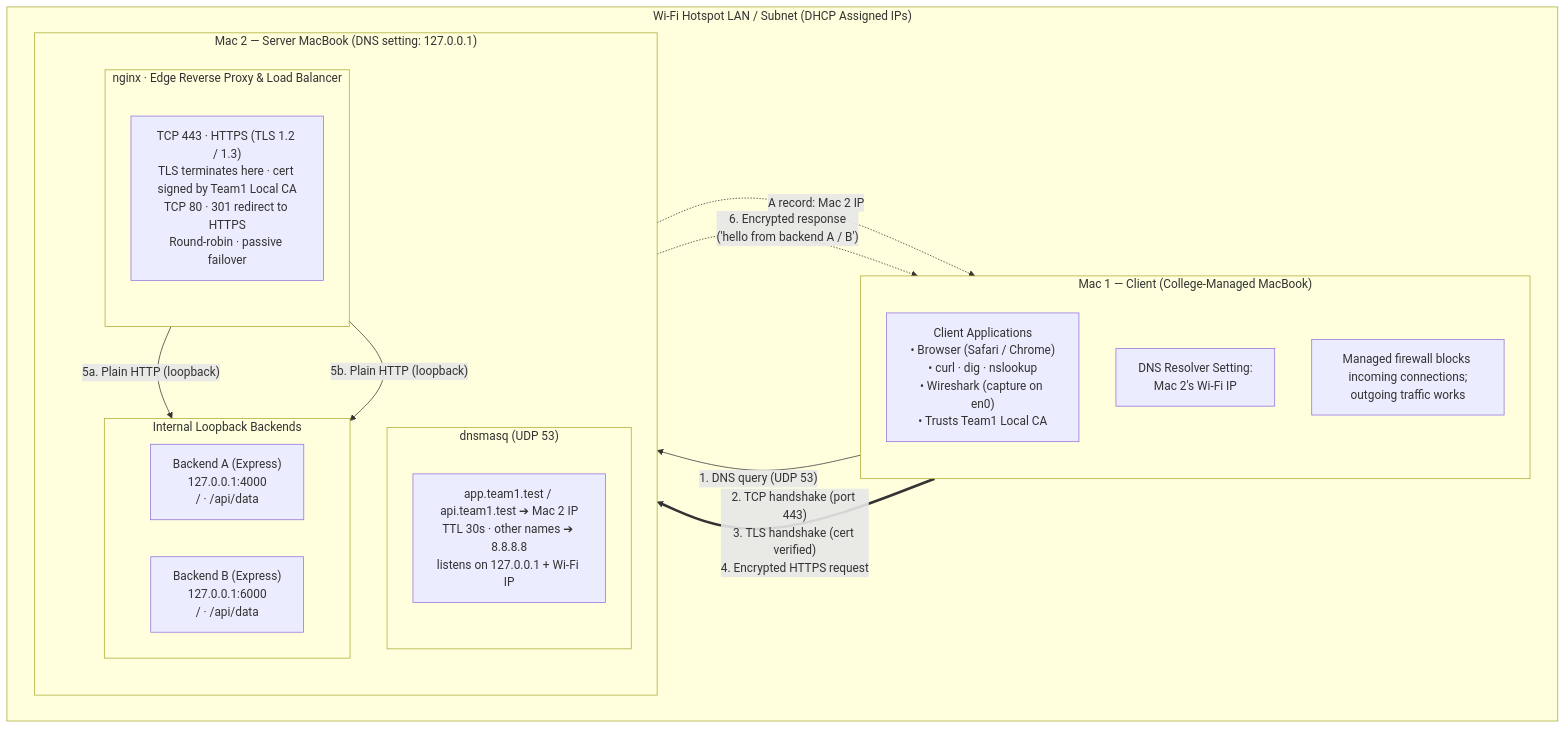
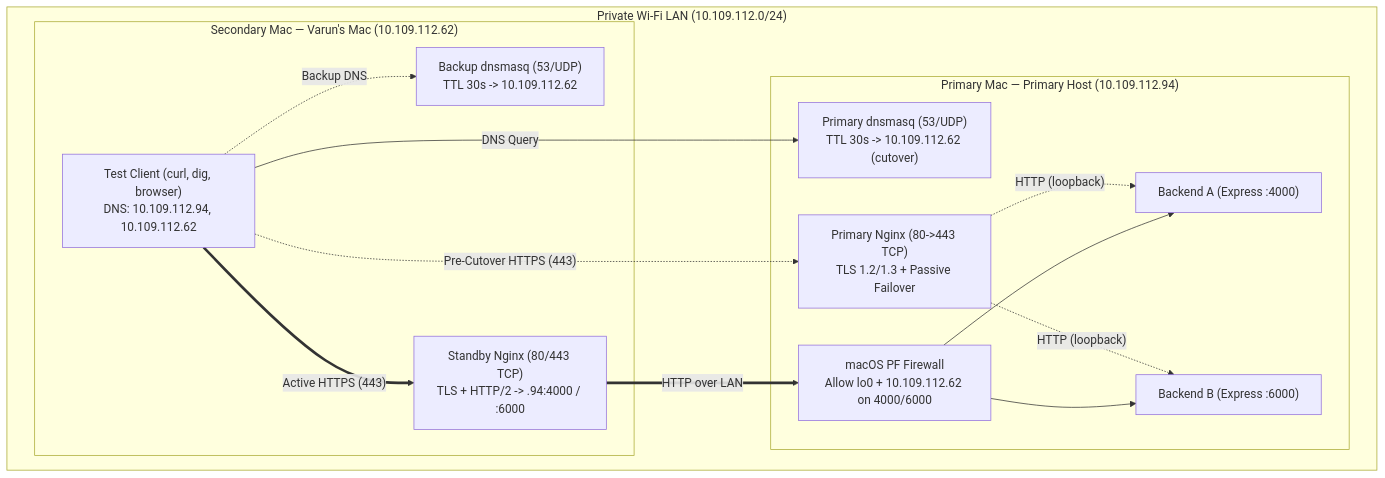
Before and after one commit to varunudata/CN_Project: the diagram in README.md, drawn with Mermaid. The commit also changed other lines of this file, not shown here.

Commit message:
docs(readme): update root README with Phase 2 architecture and deliverables

````diff
--- a/README.md
+++ b/README.md
@@ -7,37 +27,28 @@
 ```mermaid
 flowchart TD
-    subgraph LAN["Wi-Fi Hotspot LAN / Subnet (DHCP Assigned IPs)"]
-        subgraph MAC1["Mac 1 — Client (College-Managed MacBook)"]
-            direction TB
-            CLIENT_TOOLS["Client Applications\n• Browser (Safari / Chrome)\n• curl · dig · nslookup\n• Wireshark (capture on en0)\n• Trusts Team1 Local CA"]
-            CLIENT_DNS["DNS Resolver Setting:\nMac 2's Wi-Fi IP"]
-            CLIENT_NOTE["Managed firewall blocks incoming connections;\noutgoing traffic works"]
+    subgraph LAN["Private Wi-Fi LAN (10.109.112.0/24)"]
+        subgraph MAC2["Secondary Mac — Varun's Mac (10.109.112.62)"]
+            CLIENT["Test Client (curl, dig, browser)\nDNS: 10.109.112.94, 10.109.112.62"]
+            DNS2["Backup dnsmasq (53/UDP)\nTTL 30s -> 10.109.112.62"]
+            NGINX2["Standby Nginx (80/443 TCP)\nTLS + HTTP/2 -> .94:4000 / :6000"]
         end
 
-        subgraph MAC2["Mac 2 — Server MacBook (DNS setting: 127.0.0.1)"]
-            direction TB
-            subgraph DNS_BOX["dnsmasq (UDP 53)"]
-                DNS_DESC["app.team1.test / api.team1.test ➔ Mac 2 IP\nTTL 30s · other names ➔ 8.8.8.8\nlistens on 127.0.0.1 + Wi-Fi IP"]
-            end
-
-            subgraph NGINX_BOX["nginx · Edge Reverse Proxy & Load Balancer"]
-                NGINX_DESC["TCP 443 · HTTPS (TLS 1.2 / 1.3)\nTLS terminates here · cert signed by Team1 Local CA\nTCP 80 · 301 redirect to HTTPS\nRound-robin · passive failover"]
-            end
-
-            subgraph BACKENDS["Internal Loopback Backends"]
-                direction LR
-                BACKEND_A["Backend A (Express)\n127.0.0.1:4000\n/ · /api/data"]
-                BACKEND_B["Backend B (Express)\n127.0.0.1:6000\n/ · /api/data"]
-            end
+        subgraph MAC1["Primary Mac — Primary Host (10.109.112.94)"]
+            DNS1["Primary dnsmasq (53/UDP)\nTTL 30s -> 10.109.112.62 (cutover)"]
+            NGINX1["Primary Nginx (80->443 TCP)\nTLS 1.2/1.3 + Passive Failover"]
+            PF["macOS PF Firewall\nAllow lo0 + 10.109.112.62 on 4000/6000"]
+            BA["Backend A (Express :4000)"]
+            BB["Backend B (Express :6000)"]
         end
     end
 
-    CLIENT_TOOLS -->|"1. DNS query (UDP 53)"| DNS_BOX
-    DNS_BOX -.->|"A record: Mac 2 IP"| CLIENT_TOOLS
-
-    CLIENT_TOOLS ==>|"2. TCP handshake (port 443)\n3. TLS handshake (cert verified)\n4. Encrypted HTTPS request"| NGINX_BOX
-    NGINX_BOX -.->|"6. Encrypted response\n('hello from backend A / B')"| CLIENT_TOOLS
-
-    NGINX_BOX -->|"5a. Plain HTTP (loopback)"| BACKEND_A
-    NGINX_BOX -->|"5b. Plain HTTP (loopback)"| BACKEND_B
+    CLIENT -->|"DNS Query"| DNS1
+    CLIENT -.->|"Backup DNS"| DNS2
+    CLIENT ==>|"Active HTTPS (443)"| NGINX2
+    CLIENT -.->|"Pre-Cutover HTTPS (443)"| NGINX1
+    NGINX1 -.->|"HTTP (loopback)"| BA
+    NGINX1 -.->|"HTTP (loopback)"| BB
+    NGINX2 ==>|"HTTP over LAN"| PF
+    PF --> BA
+    PF --> BB
 ```
````
